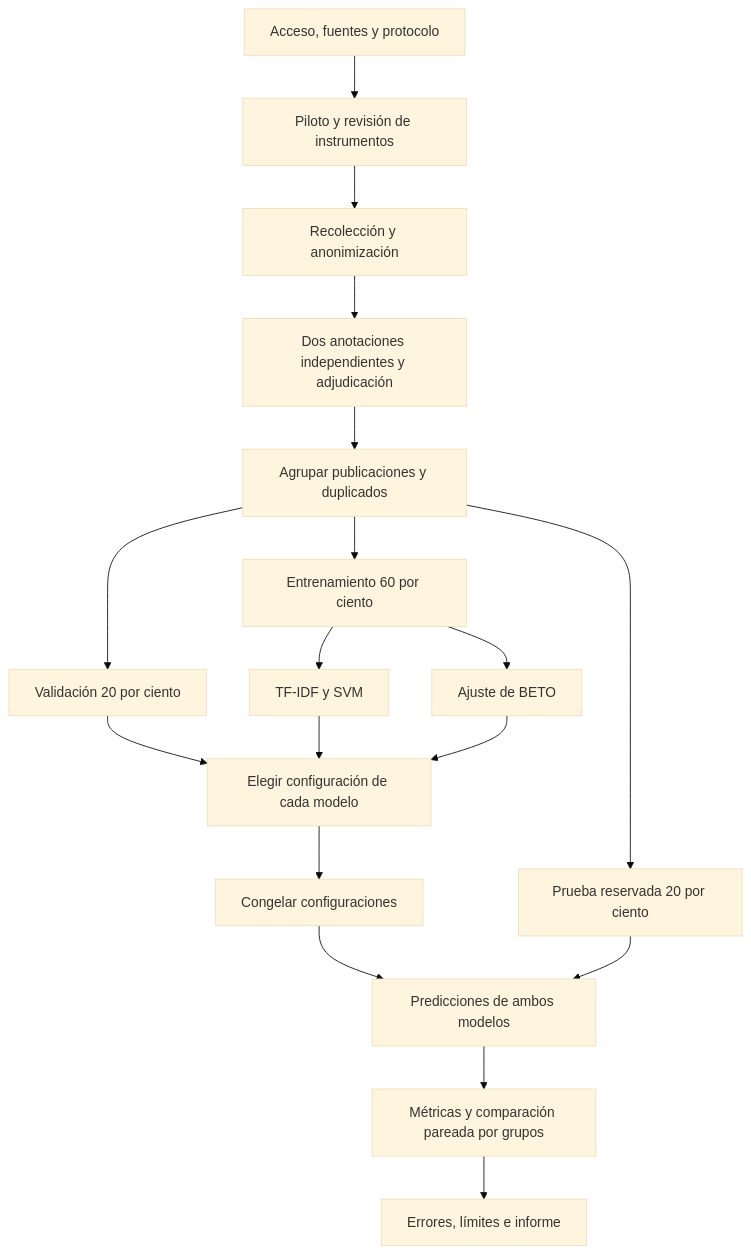
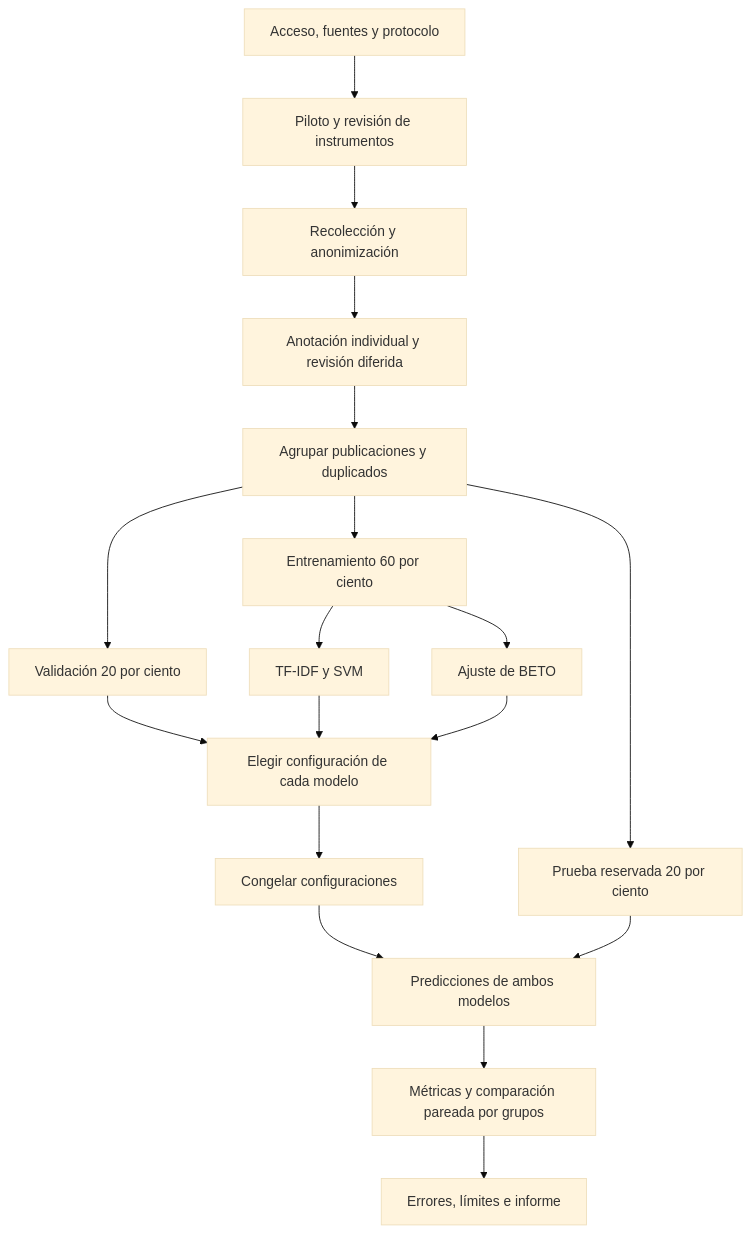
Before and after one commit to yosethorlandllave-oss/investigacionIII: the diagram in sesiones/U3_S04_diseno_investigacion/evidencias/esquema_metodo.md, drawn with Mermaid (base theme). The commit also changed 22 other files, not shown here.

````diff
--- a/sesiones/U3_S04_diseno_investigacion/evidencias/esquema_metodo.md
+++ b/sesiones/U3_S04_diseno_investigacion/evidencias/esquema_metodo.md
@@ -3,20 +3,20 @@
 ```mermaid
 flowchart TD
  A[Acceso, fuentes y protocolo] --> B[Piloto y revisión de instrumentos]
  B --> C[Recolección y anonimización]
- C --> D[Dos anotaciones independientes y adjudicación]
+ C --> D[Anotación individual y revisión diferida]
  D --> E[Agrupar publicaciones y duplicados]
  E --> F[Entrenamiento 60 por ciento]
  E --> G[Validación 20 por ciento]
  E --> H[Prueba reservada 20 por ciento]
  F --> I[TF-IDF y SVM]
  F --> J[Ajuste de BETO]
  G --> K[Elegir configuración de cada modelo]
  I --> K
  J --> K
  K --> L[Congelar configuraciones]
  L --> M[Predicciones de ambos modelos]
  H --> M
  M --> N[Métricas y comparación pareada por grupos]
  N --> O[Errores, límites e informe]
 ```
````
